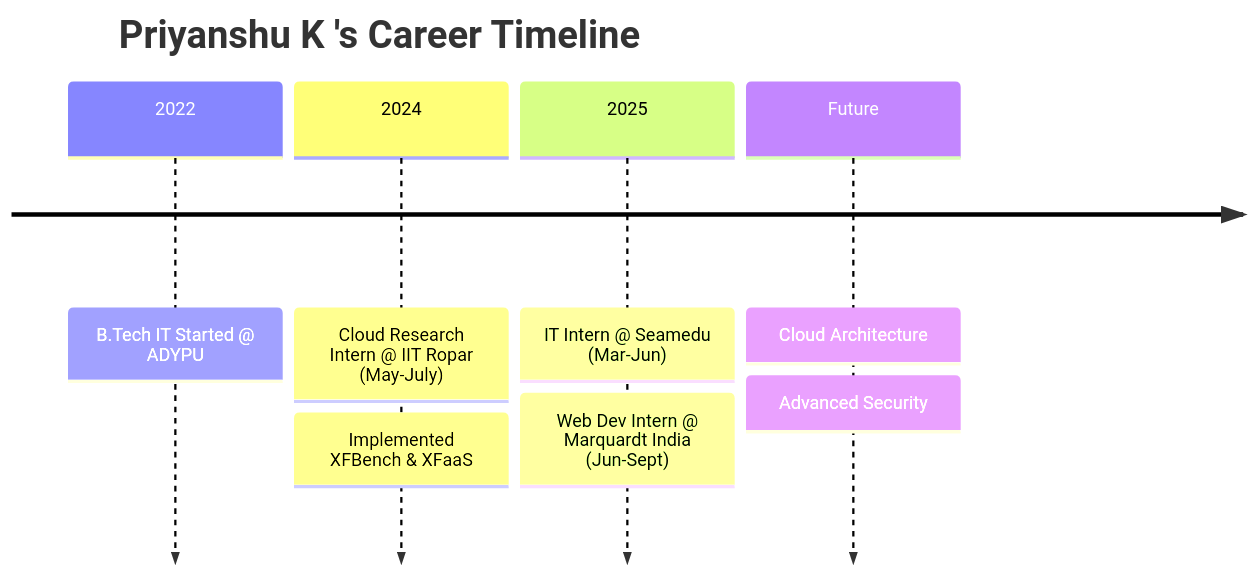
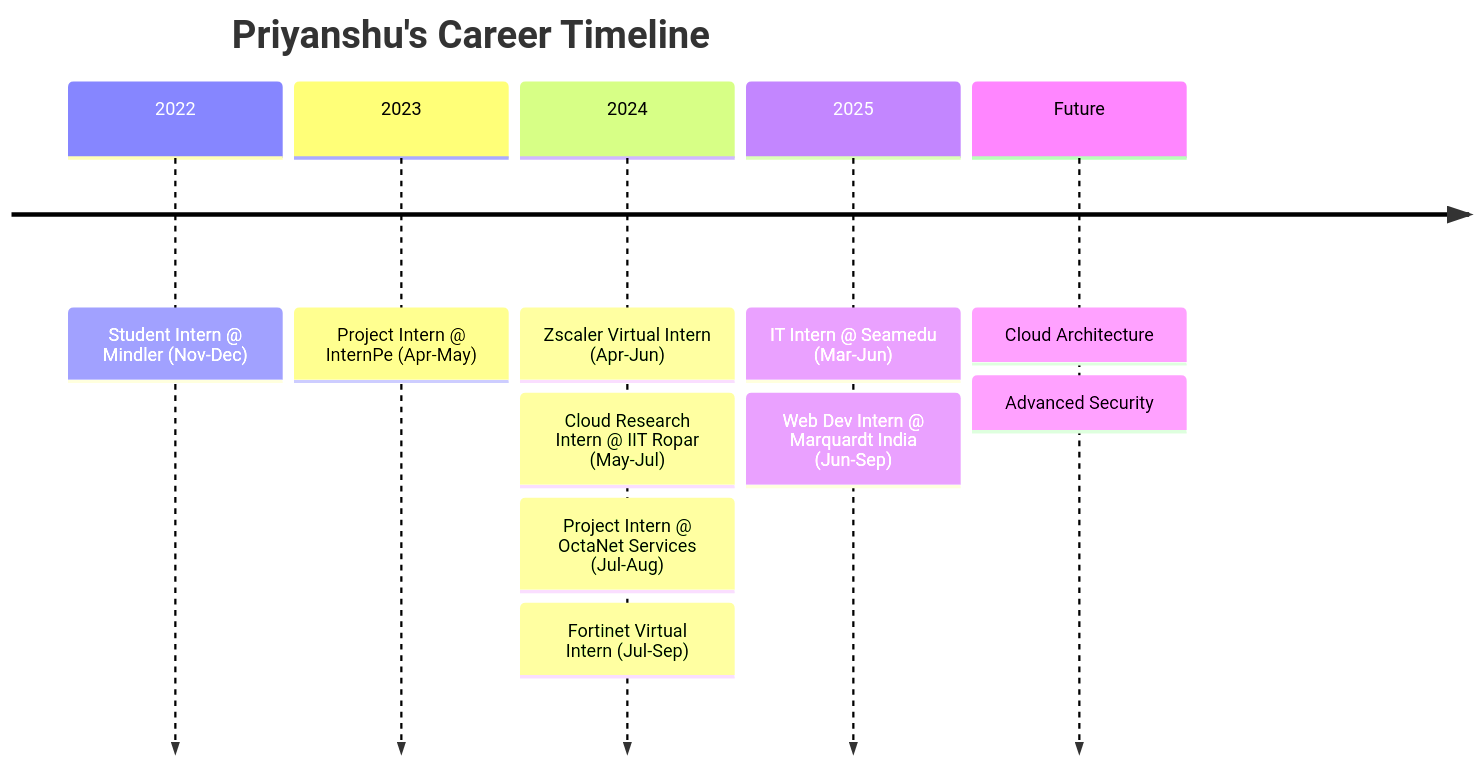
The diagram in ABOUT_ME.md (PriyanshuKSharma/portfolio_priyanshuksharma), drawn with Mermaid before and after one commit. The commit also changed other lines of this file and 1 other file, not shown here.

````diff
--- a/ABOUT_ME.md
+++ b/ABOUT_ME.md
@@ -206,15 +225,19 @@
 ```mermaid
 timeline
-    title Priyanshu K   's Career Timeline
+    title Priyanshu's Career Timeline
     2022
-        : B.Tech IT Started @ ADYPU
+        : Student Intern @ Mindler (Nov-Dec)
+    2023
+        : Project Intern @ InternPe (Apr-May)
     2024
-        : Cloud Research Intern @ IIT Ropar (May-July)
-        : Implemented XFBench & XFaaS
+        : Zscaler Virtual Intern (Apr-Jun)
+        : Cloud Research Intern @ IIT Ropar (May-Jul)
+        : Project Intern @ OctaNet Services (Jul-Aug)
+        : Fortinet Virtual Intern (Jul-Sep)
     2025
         : IT Intern @ Seamedu (Mar-Jun)
-        : Web Dev Intern @ Marquardt India (Jun-Sept)
+        : Web Dev Intern @ Marquardt India (Jun-Sep)
     Future
         : Cloud Architecture
         : Advanced Security
 ```
````
